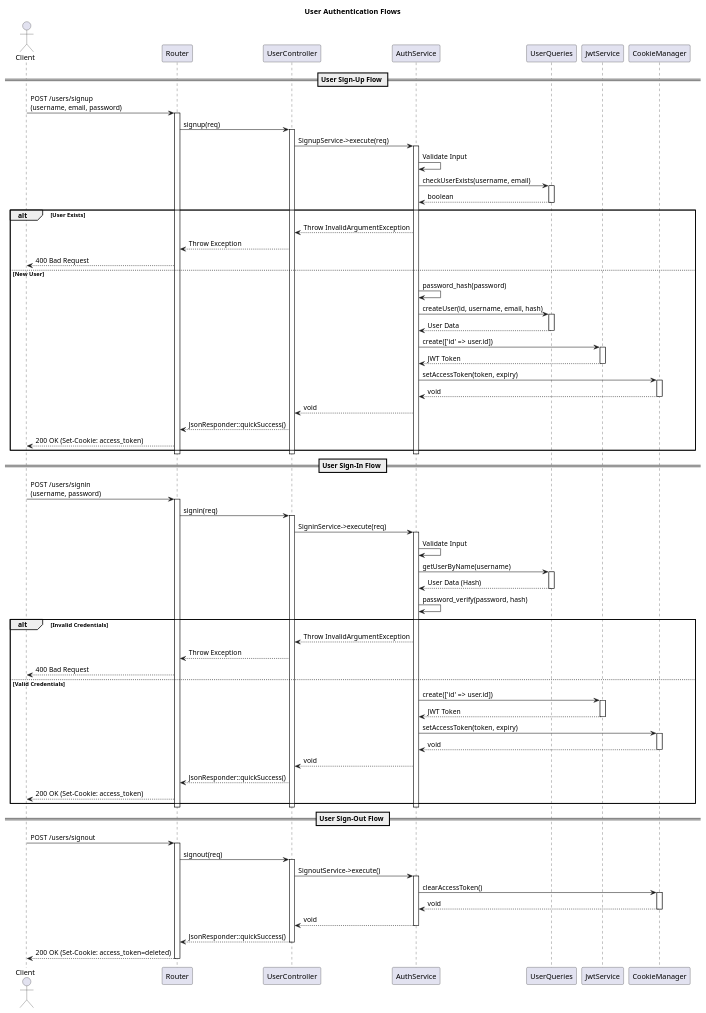
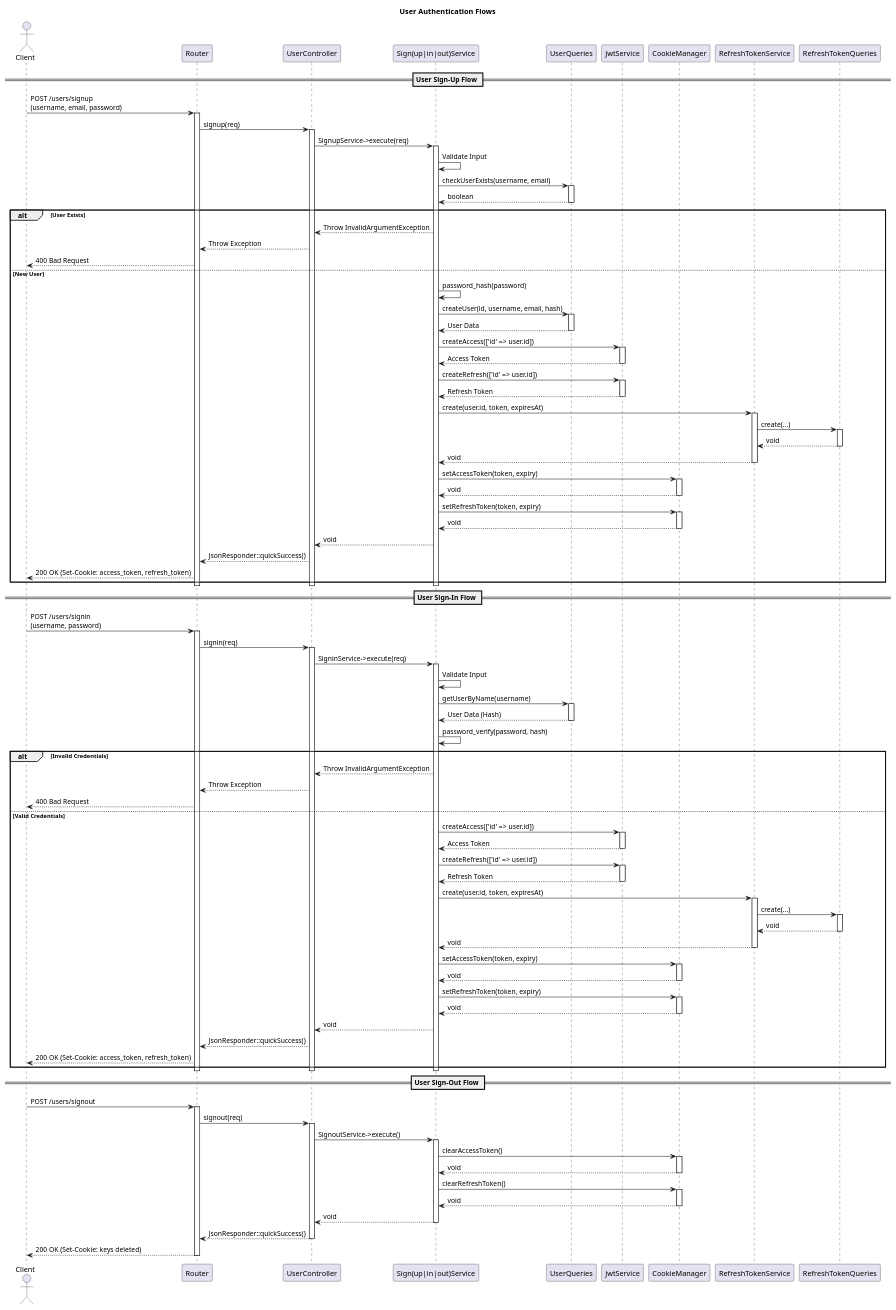
Before and after one commit to STaninnat/todo-php: the diagram in docs/diagrams/src/backend-auth-flow.puml, drawn with PlantUML. The commit also changed 4 other files, not shown here.

Commit message:
docs: update backend request flow to the ER diagram

```diff
--- a/docs/diagrams/src/backend-auth-flow.puml
+++ b/docs/diagrams/src/backend-auth-flow.puml
@@ -1,117 +1,162 @@
 @startuml backend-auth-flow
 title User Authentication Flows
 
 actor Client
 participant "Router" as Router
 participant "UserController" as Ctrl
-participant "AuthService" as Service
+participant "Sign(up|in|out)Service" as Service
 participant "UserQueries" as DB
 participant "JwtService" as JWT
 participant "CookieManager" as Cookie
+participant "RefreshTokenService" as RefreshSvc
+participant "RefreshTokenQueries" as RefreshDB
 
 == User Sign-Up Flow ==
 
 Client -> Router: POST /users/signup\n(username, email, password)
 activate Router
 Router -> Ctrl: signup(req)
 activate Ctrl
 Ctrl -> Service: SignupService->execute(req)
 activate Service
 
 Service -> Service: Validate Input
 Service -> DB: checkUserExists(username, email)
 activate DB
 DB --> Service: boolean
 deactivate DB
 
 alt User Exists
     Service --> Ctrl: Throw InvalidArgumentException
     Ctrl --> Router: Throw Exception
     Router --> Client: 400 Bad Request
 else New User
     Service -> Service: password_hash(password)
     Service -> DB: createUser(id, username, email, hash)
     activate DB
     DB --> Service: User Data
     deactivate DB
 
-    Service -> JWT: create(['id' => user.id])
+    Service -> JWT: createAccess(['id' => user.id])
     activate JWT
-    JWT --> Service: JWT Token
+    JWT --> Service: Access Token
     deactivate JWT
+
+    Service -> JWT: createRefresh(['id' => user.id])
+    activate JWT
+    JWT --> Service: Refresh Token
+    deactivate JWT
+
+    Service -> RefreshSvc: create(user.id, token, expiresAt)
+    activate RefreshSvc
+    RefreshSvc -> RefreshDB: create(...)
+    activate RefreshDB
+    RefreshDB --> RefreshSvc: void
+    deactivate RefreshDB
+    RefreshSvc --> Service: void
+    deactivate RefreshSvc
 
     Service -> Cookie: setAccessToken(token, expiry)
     activate Cookie
     Cookie --> Service: void
     deactivate Cookie
 
+    Service -> Cookie: setRefreshToken(token, expiry)
+    activate Cookie
+    Cookie --> Service: void
+    deactivate Cookie
+
     Service --> Ctrl: void
     Ctrl --> Router: JsonResponder::quickSuccess()
-    Router --> Client: 200 OK (Set-Cookie: access_token)
+    Router --> Client: 200 OK (Set-Cookie: access_token, refresh_token)
 end
 deactivate Service
 deactivate Ctrl
 deactivate Router
 
 == User Sign-In Flow ==
 
 Client -> Router: POST /users/signin\n(username, password)
 activate Router
 Router -> Ctrl: signin(req)
 activate Ctrl
 Ctrl -> Service: SigninService->execute(req)
 activate Service
 
 Service -> Service: Validate Input
 Service -> DB: getUserByName(username)
 activate DB
 DB --> Service: User Data (Hash)
 deactivate DB
 
 Service -> Service: password_verify(password, hash)
 
 alt Invalid Credentials
     Service --> Ctrl: Throw InvalidArgumentException
     Ctrl --> Router: Throw Exception
     Router --> Client: 400 Bad Request
 else Valid Credentials
-    Service -> JWT: create(['id' => user.id])
+    Service -> JWT: createAccess(['id' => user.id])
     activate JWT
-    JWT --> Service: JWT Token
+    JWT --> Service: Access Token
     deactivate JWT
+    
+    Service -> JWT: createRefresh(['id' => user.id])
+    activate JWT
+    JWT --> Service: Refresh Token
+    deactivate JWT
+
+    Service -> RefreshSvc: create(user.id, token, expiresAt)
+    activate RefreshSvc
+    RefreshSvc -> RefreshDB: create(...)
+    activate RefreshDB
+    RefreshDB --> RefreshSvc: void
+    deactivate RefreshDB
+    RefreshSvc --> Service: void
+    deactivate RefreshSvc
 
     Service -> Cookie: setAccessToken(token, expiry)
     activate Cookie
     Cookie --> Service: void
     deactivate Cookie
 
+    Service -> Cookie: setRefreshToken(token, expiry)
+    activate Cookie
+    Cookie --> Service: void
+    deactivate Cookie
+
     Service --> Ctrl: void
     Ctrl --> Router: JsonResponder::quickSuccess()
-    Router --> Client: 200 OK (Set-Cookie: access_token)
+    Router --> Client: 200 OK (Set-Cookie: access_token, refresh_token)
 end
 deactivate Service
 deactivate Ctrl
 deactivate Router
 
 == User Sign-Out Flow ==
 
 Client -> Router: POST /users/signout
 activate Router
 Router -> Ctrl: signout(req)
 activate Ctrl
 Ctrl -> Service: SignoutService->execute()
 activate Service
 
 Service -> Cookie: clearAccessToken()
 activate Cookie
 Cookie --> Service: void
 deactivate Cookie
 
+Service -> Cookie: clearRefreshToken()
+activate Cookie
+Cookie --> Service: void
+deactivate Cookie
+
 Service --> Ctrl: void
 deactivate Service
 Ctrl --> Router: JsonResponder::quickSuccess()
 deactivate Ctrl
-Router --> Client: 200 OK (Set-Cookie: access_token=deleted)
+Router --> Client: 200 OK (Set-Cookie: keys deleted)
 deactivate Router
 
 @enduml
```
